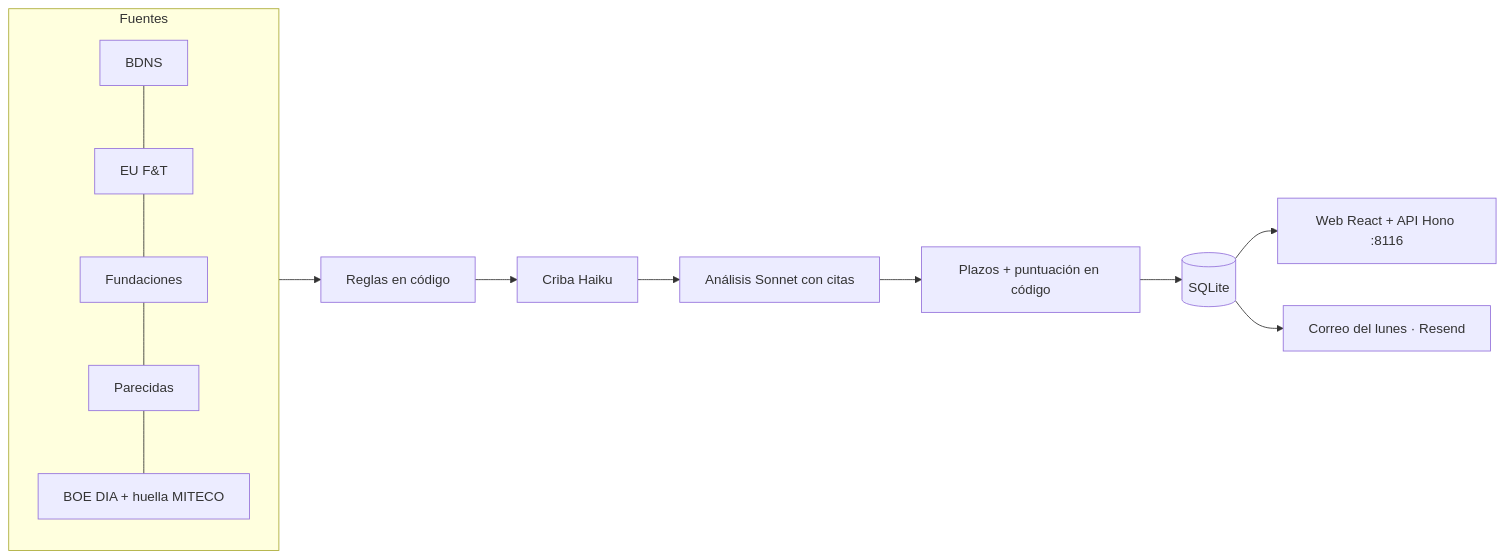
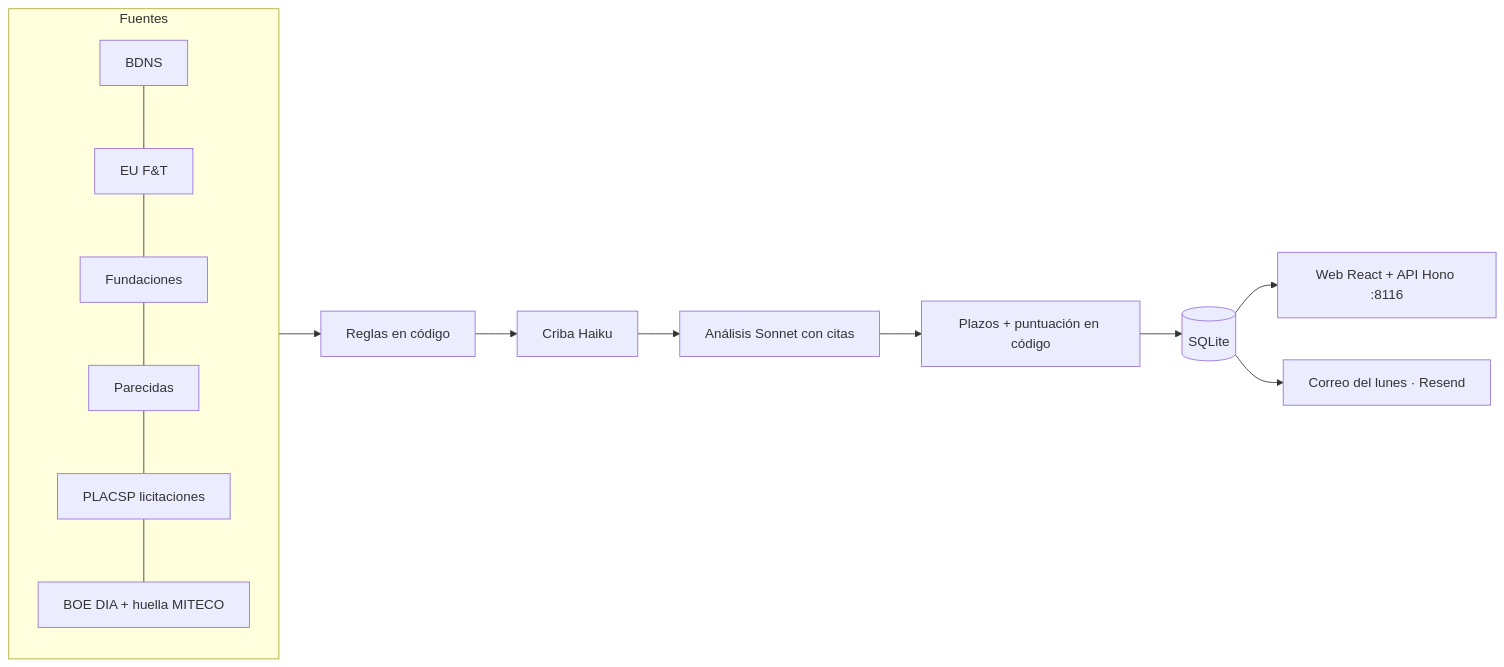
One commit to ruralhackers/reforesta-radar changed the diagram in docs/referencia-tecnica.md. Above: the diagram before and after it, drawn with Mermaid. The commit also changed other lines of this file and 65 other files, not shown here.

First line of the commit message:
Fuente de licitaciones públicas (PLACSP) con página, criba, análisis y puntuación propios

````diff
--- a/docs/referencia-tecnica.md
+++ b/docs/referencia-tecnica.md
@@ -54,11 +55,11 @@
 ```mermaid
 flowchart LR
   subgraph Fuentes
-    B[BDNS] --- E[EU F&T] --- F[Fundaciones] --- P[Parecidas] --- O[BOE DIA + huella MITECO]
+    B[BDNS] --- E[EU F&T] --- F[Fundaciones] --- P[Parecidas] --- L[PLACSP licitaciones] --- O[BOE DIA + huella MITECO]
   end
   Fuentes --> R[Reglas en código] --> C[Criba Haiku] --> A[Análisis Sonnet con citas]
   A --> Z[Plazos + puntuación en código]
   Z --> D[(SQLite)]
   D --> W[Web React + API Hono :8116]
   D --> M[Correo del lunes · Resend]
 ```
````
